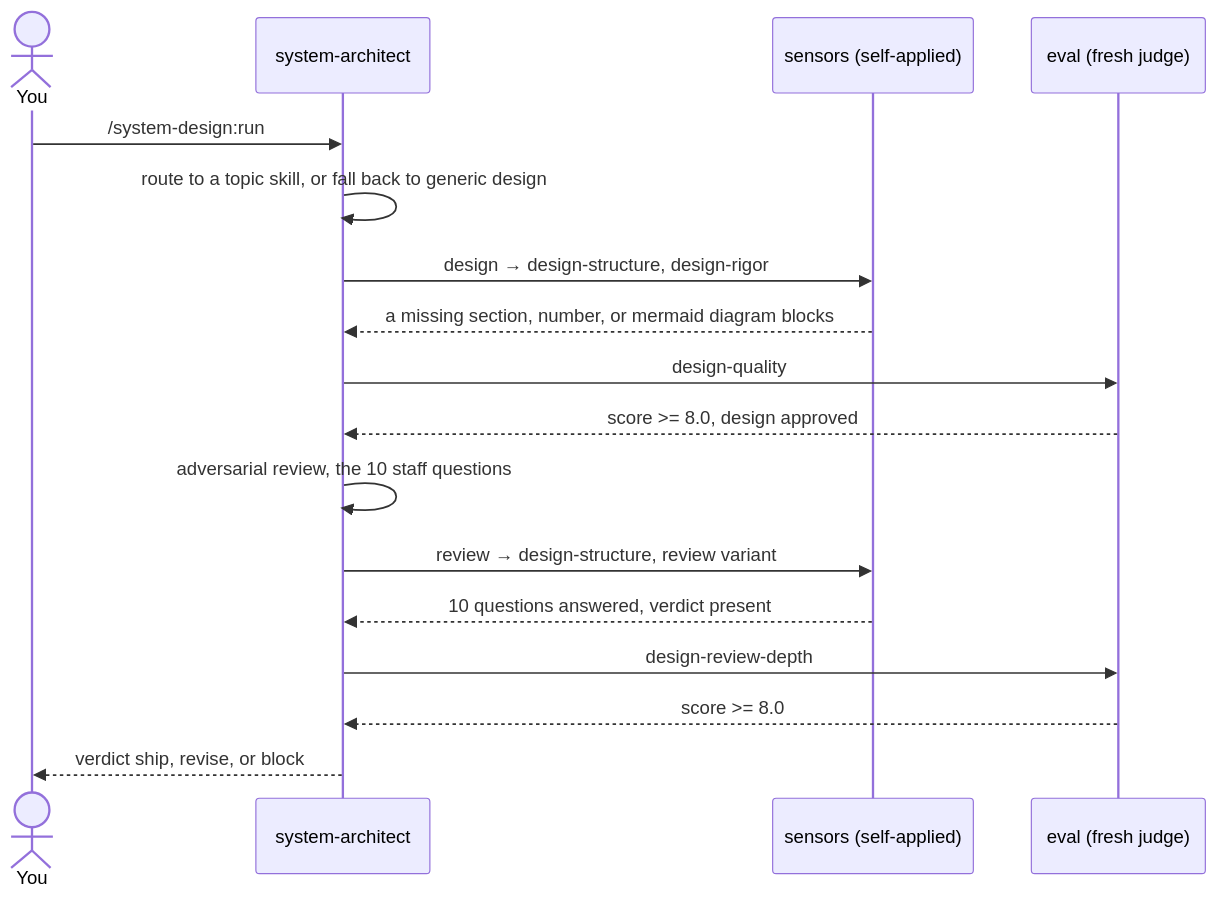
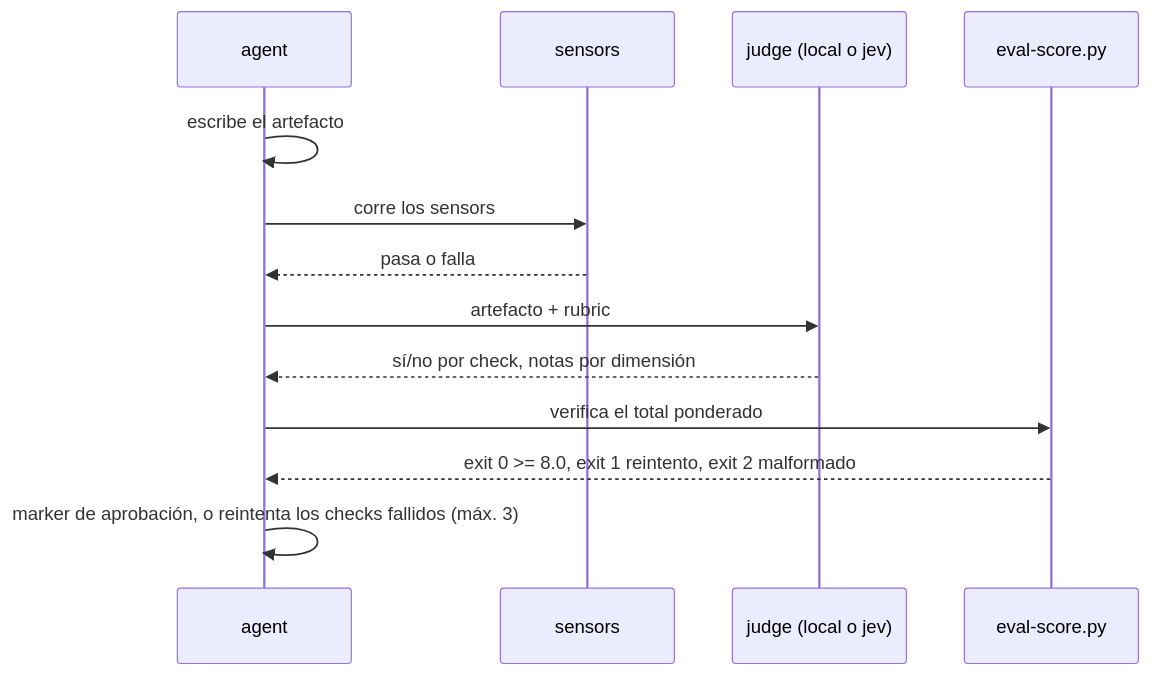
Before and after one commit to Pierry/harness-kit: the diagram in wiki-i18n/es/Agent-Pipelines.md, drawn with Mermaid. The commit also changed other lines of this file and 130 other files, not shown here.

````diff
--- a/wiki-i18n/es/Agent-Pipelines.md
+++ b/wiki-i18n/es/Agent-Pipelines.md
@@ -145,20 +11,15 @@
 ```mermaid
 sequenceDiagram
-    actor You
-    participant SA as system-architect
-    participant S as sensors (self-applied)
-    participant E as eval (fresh judge)
-
-    You->>SA: /system-design:run
-    SA->>SA: route to a topic skill, or fall back to generic design
-    SA->>S: design → design-structure, design-rigor
-    S-->>SA: a missing section, number, or mermaid diagram blocks
-    SA->>E: design-quality
-    E-->>SA: score >= 8.0, design approved
-    SA->>SA: adversarial review, the 10 staff questions
-    SA->>S: review → design-structure, review variant
-    S-->>SA: 10 questions answered, verdict present
-    SA->>E: design-review-depth
-    E-->>SA: score >= 8.0
-    SA-->>You: verdict ship, revise, or block
+    participant A as agent
+    participant S as sensors
+    participant J as judge (local o jev)
+    participant V as eval-score.py
+    A->>A: escribe el artefacto
+    A->>S: corre los sensors
+    S-->>A: pasa o falla
+    A->>J: artefacto + rubric
+    J-->>A: sí/no por check, notas por dimensión
+    A->>V: verifica el total ponderado
+    V-->>A: exit 0 >= 8.0, exit 1 reintento, exit 2 malformado
+    A->>A: marker de aprobación, o reintenta los checks fallidos (máx. 3)
 ```
````
